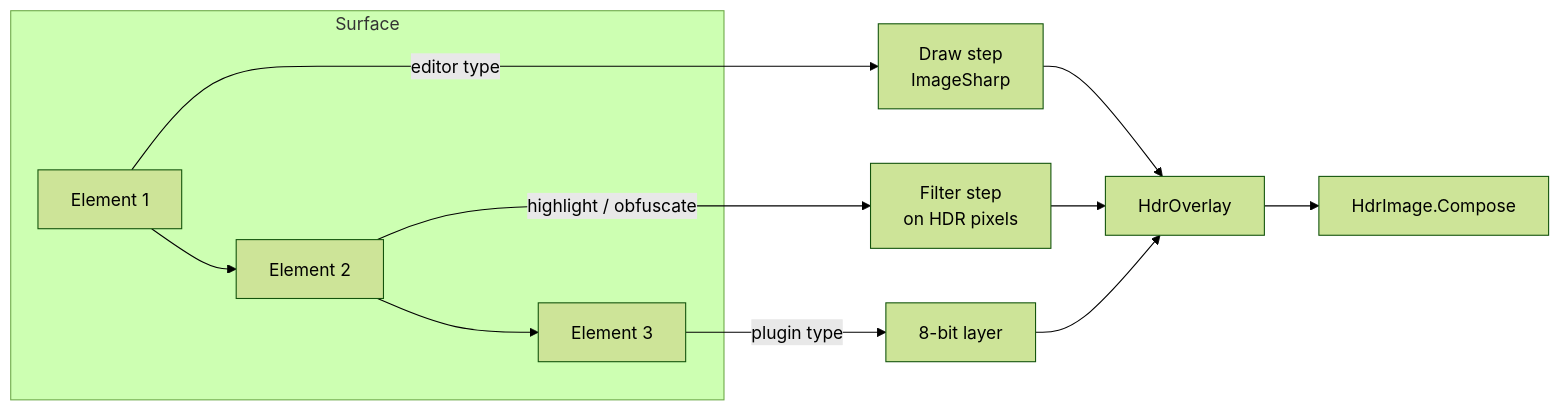
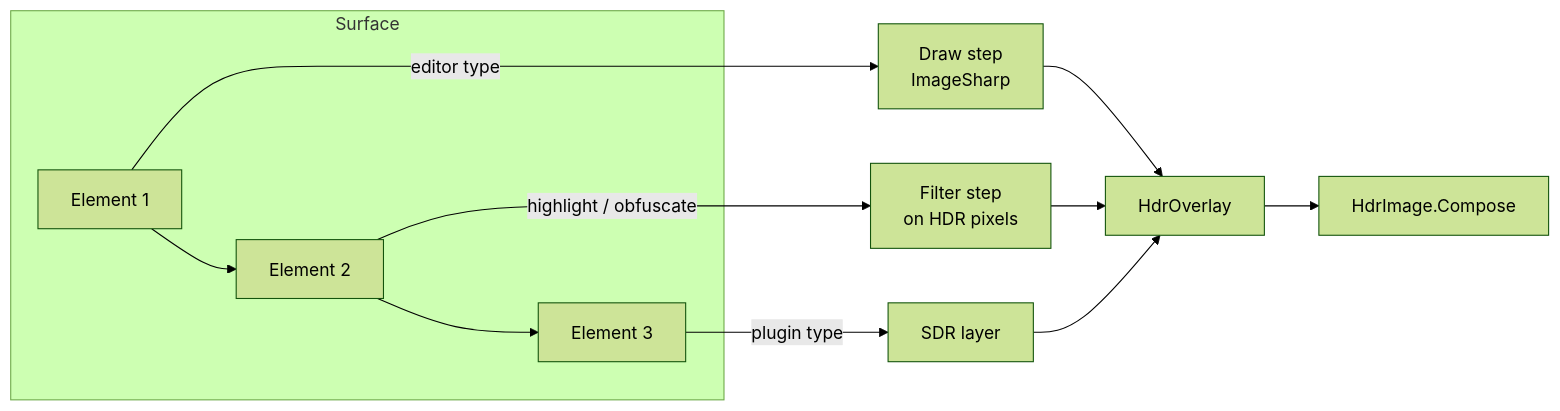
One commit to greenshot/greenshot changed the third of 3 diagrams in docs/vNext/hdr.md. Above: the diagram before and after it, drawn with Mermaid (forest theme). The commit also changed other lines of this file and 1 other file, not shown here.

First line of the commit message:
Explain SDR and HDR before the details, say SDR image instead of 8-bit image

````diff
--- a/docs/vNext/hdr.md
+++ b/docs/vNext/hdr.md
@@ -152,13 +171,13 @@
 ```mermaid
 flowchart LR
     subgraph Surface
         E1[Element 1] --> E2[Element 2] --> E3[Element 3]
     end
     E1 -->|editor type| D1[Draw step<br/>ImageSharp]
     E2 -->|highlight / obfuscate| F2[Filter step<br/>on HDR pixels]
-    E3 -->|plugin type| L3[8-bit layer]
+    E3 -->|plugin type| L3[SDR layer]
     D1 --> O[HdrOverlay]
     F2 --> O
     L3 --> O
     O --> C[HdrImage.Compose]
 ```
````
